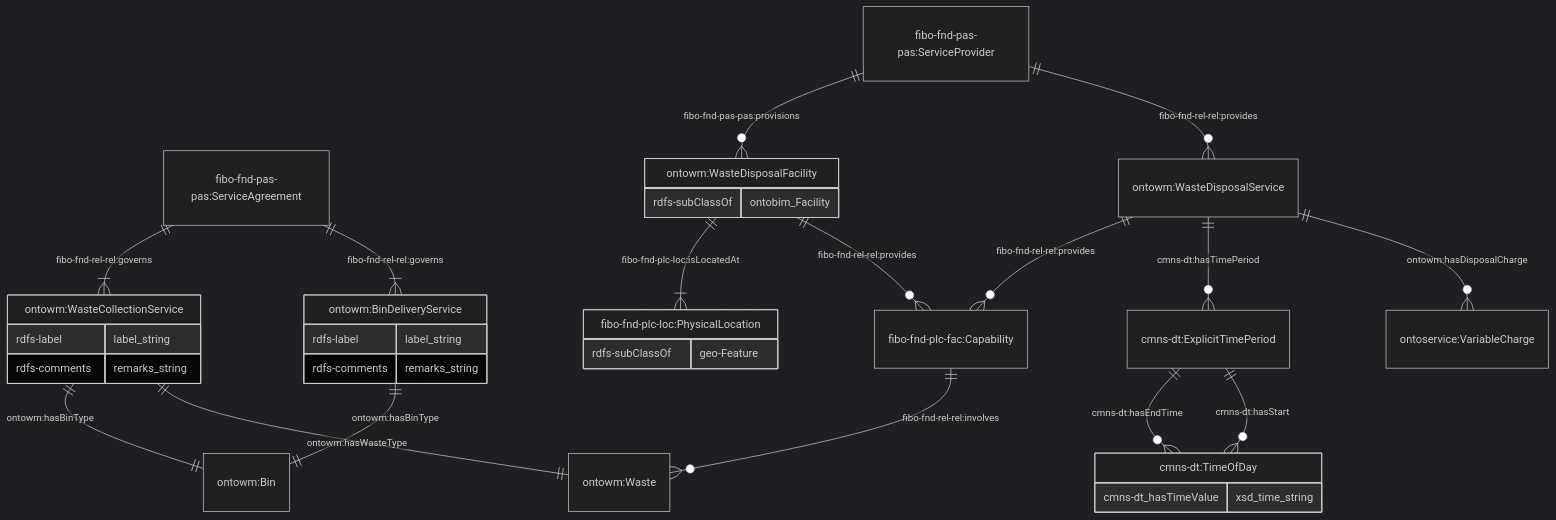
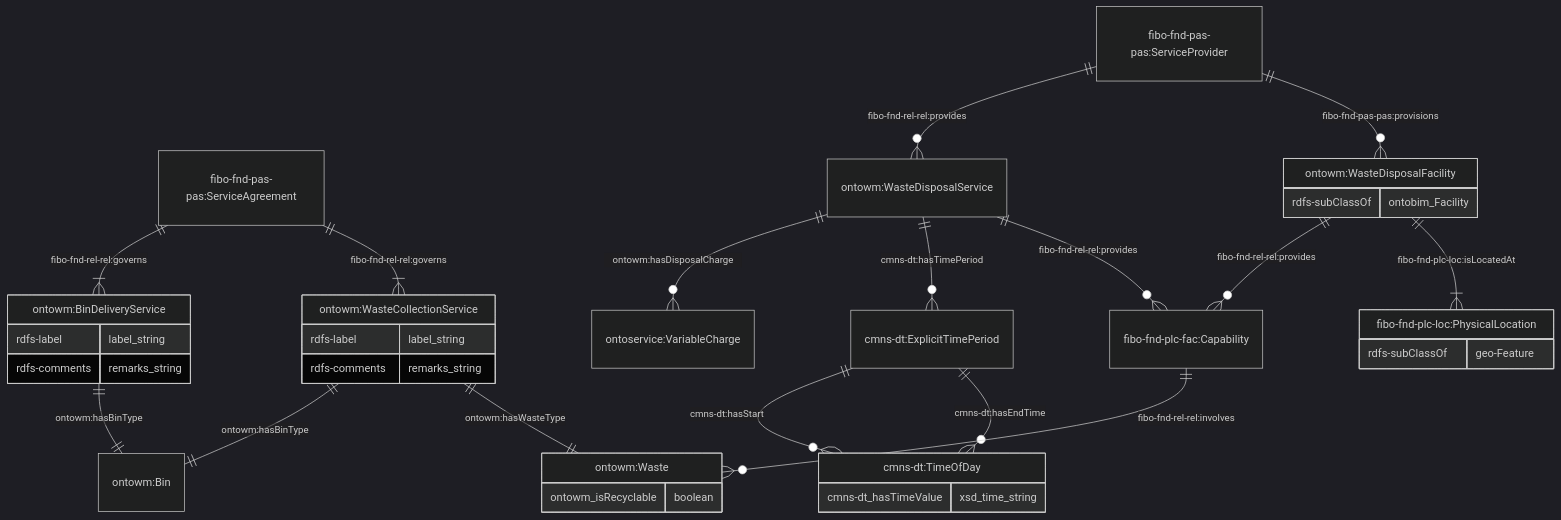
Before and after one commit to cambridge-cares/TheWorldAvatar: the third of 11 diagrams in JPS_Ontology/ontology/ontowastemanagement/README.md, drawn with Mermaid (dark theme). The commit also changed other lines of this file and 2 other files, not shown here.

Commit message:
dev-ontowastemanagement: Added is recyclable

````diff
--- a/JPS_Ontology/ontology/ontowastemanagement/README.md
+++ b/JPS_Ontology/ontology/ontowastemanagement/README.md
@@ -161,39 +161,42 @@
 ```mermaid
     erDiagram
     "fibo-fnd-pas-pas:ServiceAgreement" ||--|{ "ontowm:BinDeliveryService" : "fibo-fnd-rel-rel:governs"
     "ontowm:BinDeliveryService" ||--|| "ontowm:Bin" : "ontowm:hasBinType"
     "ontowm:BinDeliveryService" {
         rdfs-label label_string
         rdfs-comments remarks_string
     }
 
     "fibo-fnd-pas-pas:ServiceAgreement" ||--|{ "ontowm:WasteCollectionService" : "fibo-fnd-rel-rel:governs"
+    "ontowm:WasteCollectionService" ||--|| "ontowm:Bin" : "ontowm:hasBinType"
     "ontowm:WasteCollectionService" ||--|| "ontowm:Waste" : "ontowm:hasWasteType"
-    "ontowm:WasteCollectionService" ||--|| "ontowm:Bin" : "ontowm:hasBinType"
     "ontowm:WasteCollectionService" {
         rdfs-label label_string
         rdfs-comments remarks_string
     }
 
     "fibo-fnd-pas-pas:ServiceProvider" ||--o{ "ontowm:WasteDisposalService" : "fibo-fnd-rel-rel:provides"
     "ontowm:WasteDisposalService" ||--o{ "ontoservice:VariableCharge" : "ontowm:hasDisposalCharge"
     "ontowm:WasteDisposalService" ||--o{ "cmns-dt:ExplicitTimePeriod" : "cmns-dt:hasTimePeriod"
     "cmns-dt:ExplicitTimePeriod" ||--o{ "cmns-dt:TimeOfDay" : "cmns-dt:hasStart"
     "cmns-dt:ExplicitTimePeriod" ||--o{ "cmns-dt:TimeOfDay" : "cmns-dt:hasEndTime"
     "cmns-dt:TimeOfDay" {
         cmns-dt_hasTimeValue xsd_time_string
     }
 
     "ontowm:WasteDisposalService" ||--o{ "fibo-fnd-plc-fac:Capability" : "fibo-fnd-rel-rel:provides"
     "fibo-fnd-plc-fac:Capability" ||--o{ "ontowm:Waste" : "fibo-fnd-rel-rel:involves"
+    "ontowm:Waste" { 
+        ontowm_isRecyclable boolean
+    }
 
     "fibo-fnd-pas-pas:ServiceProvider" ||--o{ "ontowm:WasteDisposalFacility" : "fibo-fnd-pas-pas:provisions"
     "ontowm:WasteDisposalFacility" ||--o{ "fibo-fnd-plc-fac:Capability" : "fibo-fnd-rel-rel:provides"
     "ontowm:WasteDisposalFacility" {
         rdfs-subClassOf ontobim_Facility
     }
     "ontowm:WasteDisposalFacility" ||--|{ "fibo-fnd-plc-loc:PhysicalLocation" : "fibo-fnd-plc-loc:isLocatedAt"
     "fibo-fnd-plc-loc:PhysicalLocation" {
         rdfs-subClassOf geo-Feature
     }
 ```
````
